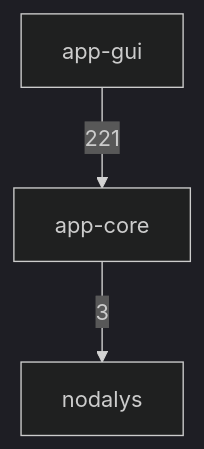
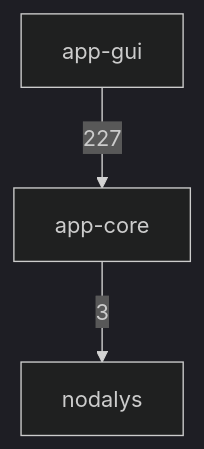
One commit to ronnymilleo/imcsim changed the first of 3 diagrams in docs/architecture.md. Above: the diagram before and after it, drawn with Mermaid (dark theme). The commit also changed other lines of this file and 30 other files, not shown here.

Commit message:
Split the schematic file code and the helpers of Schematic into modules by topic

````diff
--- a/docs/architecture.md
+++ b/docs/architecture.md
@@ -22,8 +22,8 @@
 ```mermaid
 flowchart TD
     app_gui[app-gui]
     app_core[app-core]
     nodalys[nodalys]
     app_core -->|3| nodalys
-    app_gui -->|221| app_core
+    app_gui -->|227| app_core
 ```
````
